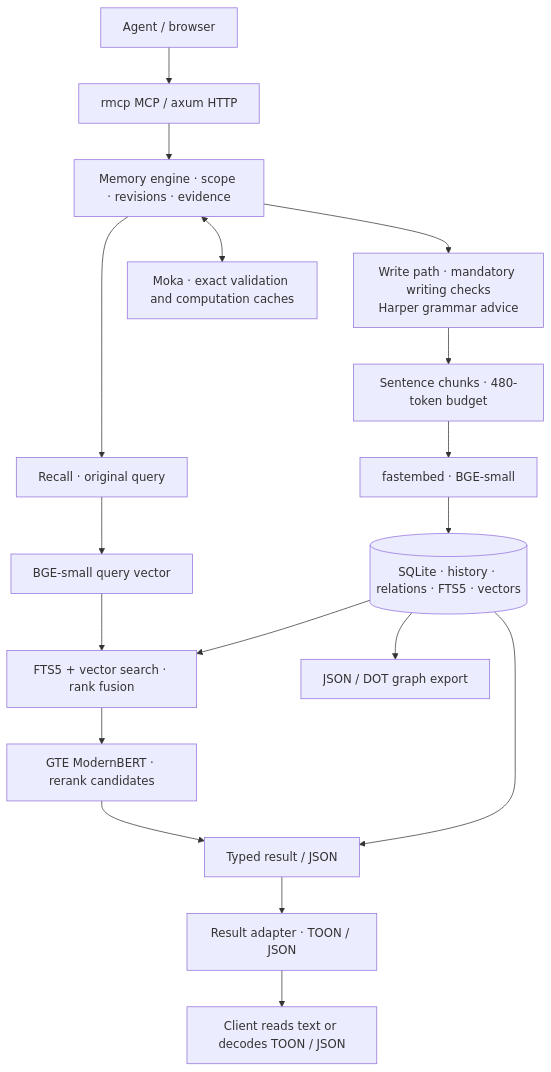
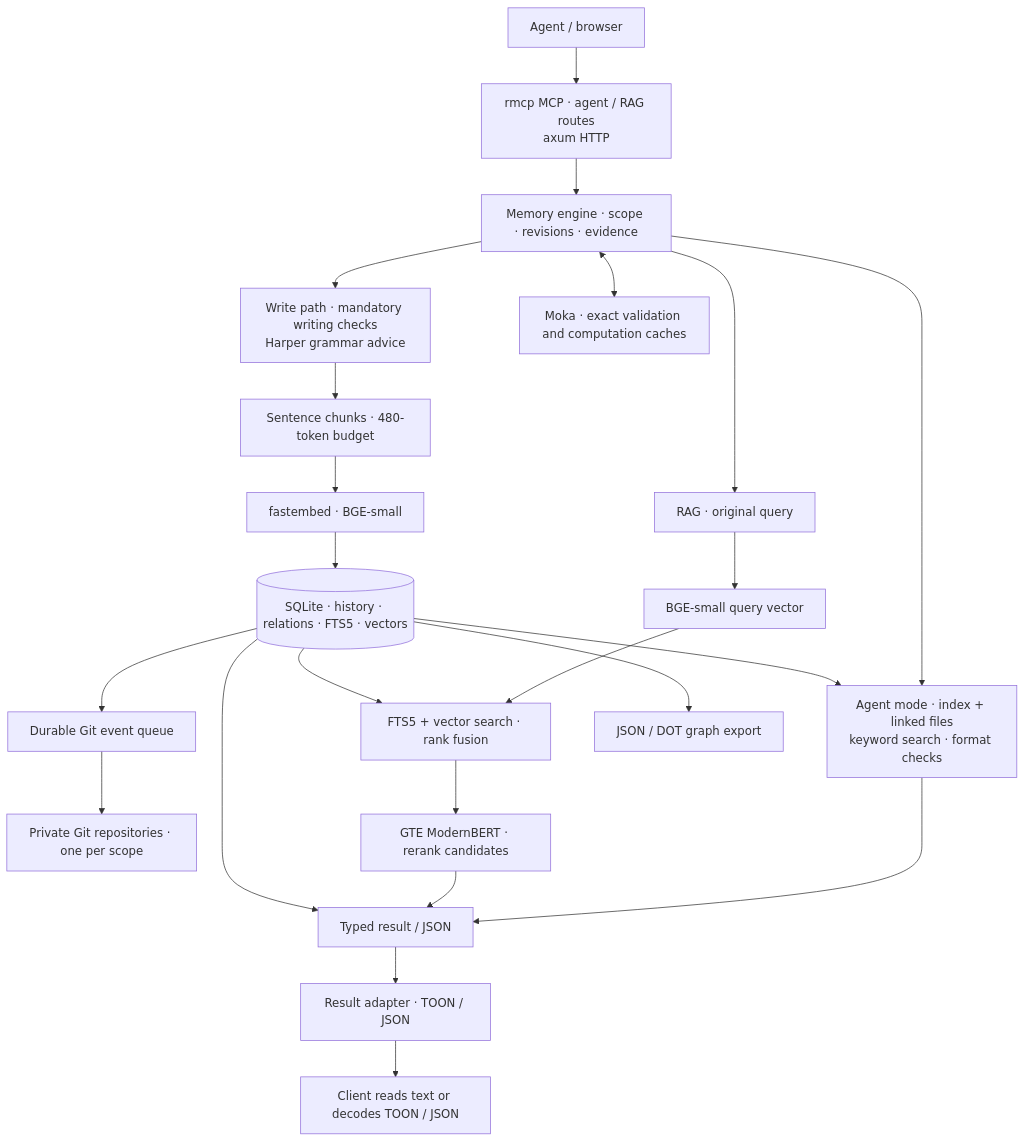
The first of 2 diagrams in README.md (enfour-digital/enfour-memory), drawn with Mermaid before and after one commit. The commit also changed other lines of this file and 20 other files, not shown here.

Commit message:
feat: add agent memory mode with automatic private Git history

````diff
--- a/README.md
+++ b/README.md
@@ -105,20 +136,25 @@
 ```mermaid
 flowchart TB
-    agent["Agent / browser"] --> transport["rmcp MCP / axum HTTP"]
+    agent["Agent / browser"] --> transport["rmcp MCP · agent / RAG routes<br/>axum HTTP"]
     transport --> engine["Memory engine · scope · revisions · evidence"]
     engine --> write["Write path · mandatory writing checks<br/>Harper grammar advice"]
     write --> chunks["Sentence chunks · 480-token budget"]
     chunks --> embed["fastembed · BGE-small"]
     embed --> db[("SQLite · history · relations · FTS5 · vectors")]
-    engine --> query["Recall · original query"]
+    engine --> navigate["Agent mode · index + linked files<br/>keyword search · format checks"]
+    db --> navigate
+    navigate --> result
+    db --> events["Durable Git event queue"]
+    events --> mirror["Private Git repositories · one per scope"]
+    engine --> query["RAG · original query"]
     query --> embed_query["BGE-small query vector"]
     embed_query --> hybrid["FTS5 + vector search · rank fusion"]
     db --> hybrid
     hybrid --> rerank["GTE ModernBERT · rerank candidates"]
     rerank --> result["Typed result / JSON"]
     db --> result
     result --> adapter["Result adapter · TOON / JSON"]
     adapter --> client["Client reads text or decodes TOON / JSON"]
     db --> graph_export["JSON / DOT graph export"]
     engine <--> cache["Moka · exact validation and computation caches"]
 ```
````
